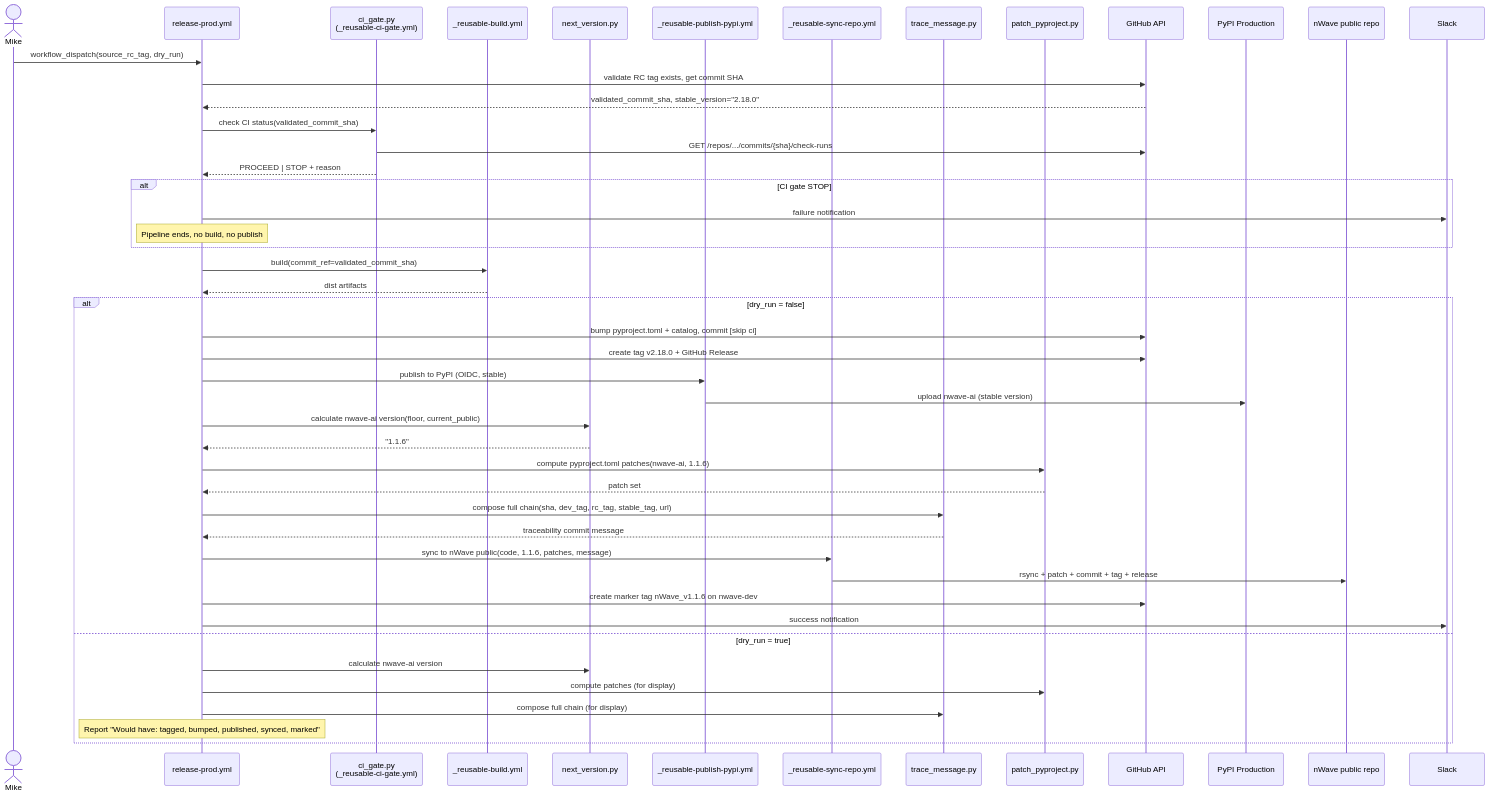
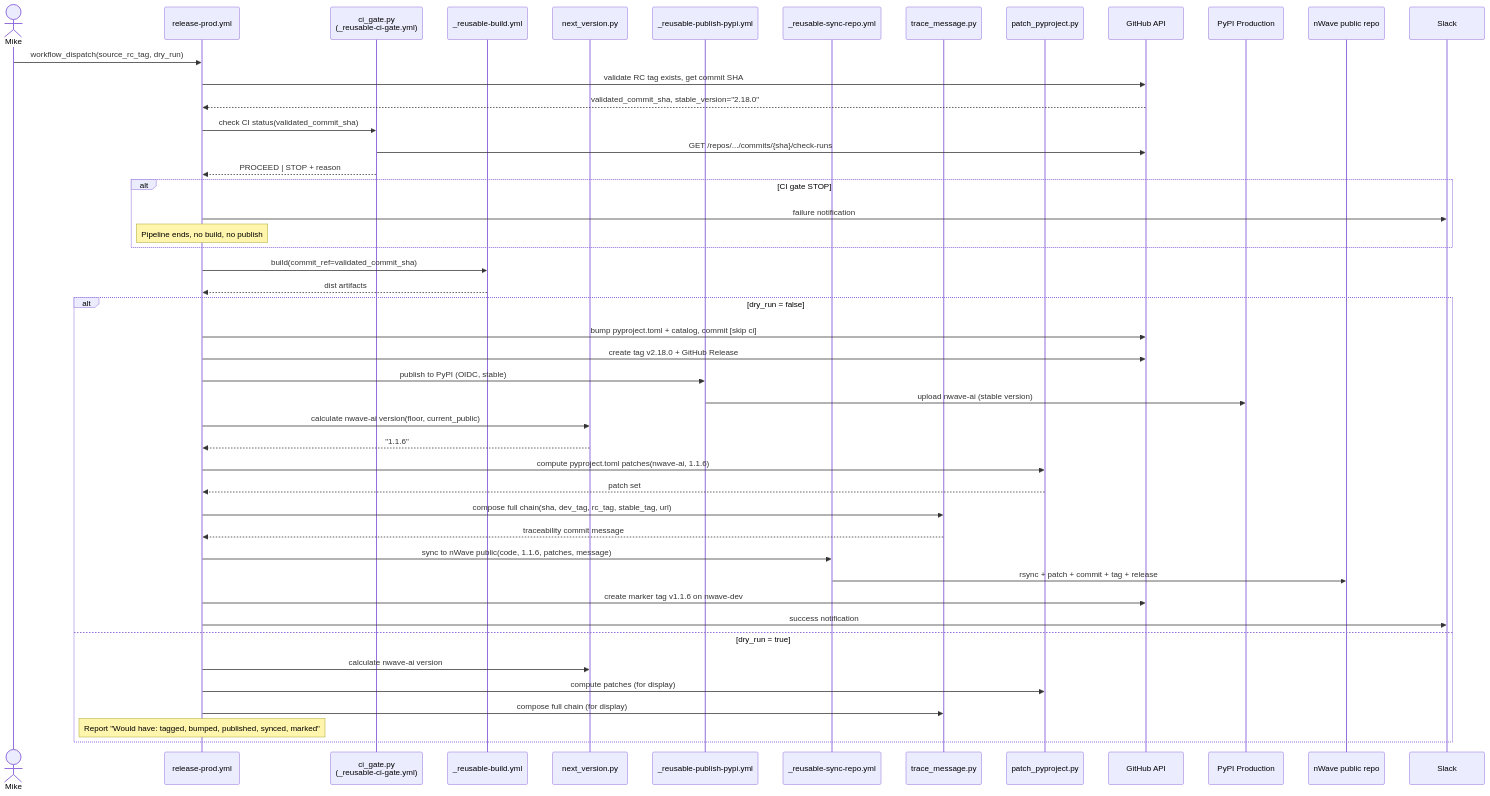
Before and after one commit to nWave-ai/nWave-experimental: the fifth of 5 diagrams in docs/features/release-train-revamp/02-design/architecture.md, drawn with Mermaid. The commit also changed other lines of this file and 11 other files, not shown here.

````diff
--- a/docs/features/release-train-revamp/02-design/architecture.md
+++ b/docs/features/release-train-revamp/02-design/architecture.md
@@ -323,58 +323,58 @@
 ```mermaid
 sequenceDiagram
     actor Mike
     participant WP as release-prod.yml
     participant CIG as ci_gate.py<br/>(_reusable-ci-gate.yml)
     participant BLD as _reusable-build.yml
     participant VER as next_version.py
     participant PUB as _reusable-publish-pypi.yml
     participant SYNC as _reusable-sync-repo.yml
     participant TRC as trace_message.py
     participant PAT as patch_pyproject.py
     participant GH as GitHub API
     participant PYPI as PyPI Production
     participant PUB_REPO as nWave public repo
     participant SLK as Slack
 
     Mike->>WP: workflow_dispatch(source_rc_tag, dry_run)
     WP->>GH: validate RC tag exists, get commit SHA
     GH-->>WP: validated_commit_sha, stable_version="2.18.0"
 
     WP->>CIG: check CI status(validated_commit_sha)
     CIG->>GH: GET /repos/.../commits/{sha}/check-runs
     CIG-->>WP: PROCEED | STOP + reason
 
     alt CI gate STOP
         WP->>SLK: failure notification
         Note over WP: Pipeline ends, no build, no publish
     end
 
     WP->>BLD: build(commit_ref=validated_commit_sha)
     BLD-->>WP: dist artifacts
 
     alt dry_run = false
         WP->>GH: bump pyproject.toml + catalog, commit [skip ci]
         WP->>GH: create tag v2.18.0 + GitHub Release
 
         WP->>PUB: publish to PyPI (OIDC, stable)
         PUB->>PYPI: upload nwave-ai (stable version)
 
         WP->>VER: calculate nwave-ai version(floor, current_public)
         VER-->>WP: "1.1.6"
         WP->>PAT: compute pyproject.toml patches(nwave-ai, 1.1.6)
         PAT-->>WP: patch set
 
         WP->>TRC: compose full chain(sha, dev_tag, rc_tag, stable_tag, url)
         TRC-->>WP: traceability commit message
         WP->>SYNC: sync to nWave public(code, 1.1.6, patches, message)
         SYNC->>PUB_REPO: rsync + patch + commit + tag + release
 
-        WP->>GH: create marker tag nWave_v1.1.6 on nwave-dev
+        WP->>GH: create marker tag v1.1.6 on nwave-dev
         WP->>SLK: success notification
     else dry_run = true
         WP->>VER: calculate nwave-ai version
         WP->>PAT: compute patches (for display)
         WP->>TRC: compose full chain (for display)
         Note over WP: Report "Would have: tagged, bumped, published, synced, marked"
     end
 ```
````
